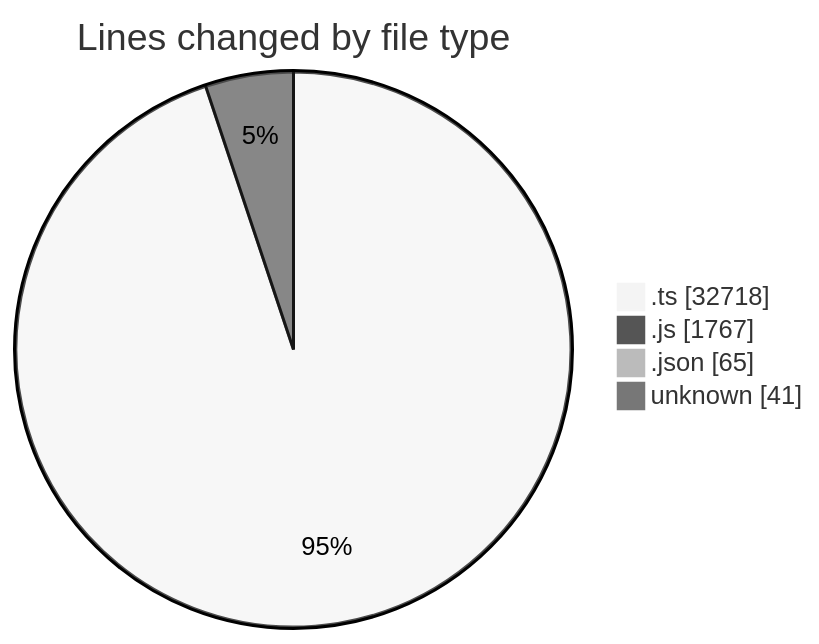
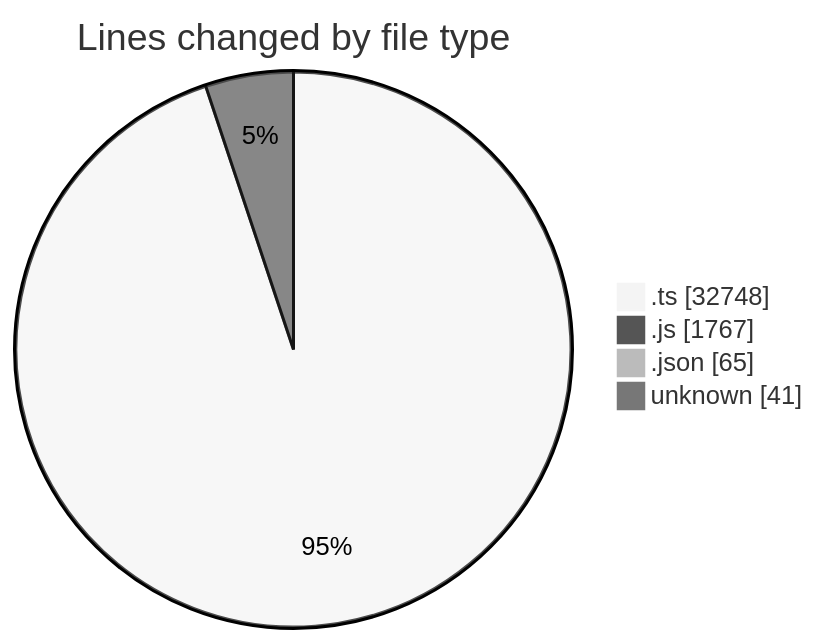
Before and after one commit to momahboobian/code-tracking: the first of 2 diagrams in 2025-07-31/cda/README.md, drawn with Mermaid (neutral theme). The commit also changed other lines of this file and 1 other file, not shown here.

````diff
--- a/2025-07-31/cda/README.md
+++ b/2025-07-31/cda/README.md
@@ -30,8 +30,8 @@
 ```mermaid
 pie showData
 title Lines changed by file type
-".ts" : 32718
+".ts" : 32748
 ".js" : 1767
 ".json" : 65
 "unknown" : 41
 ```
````
